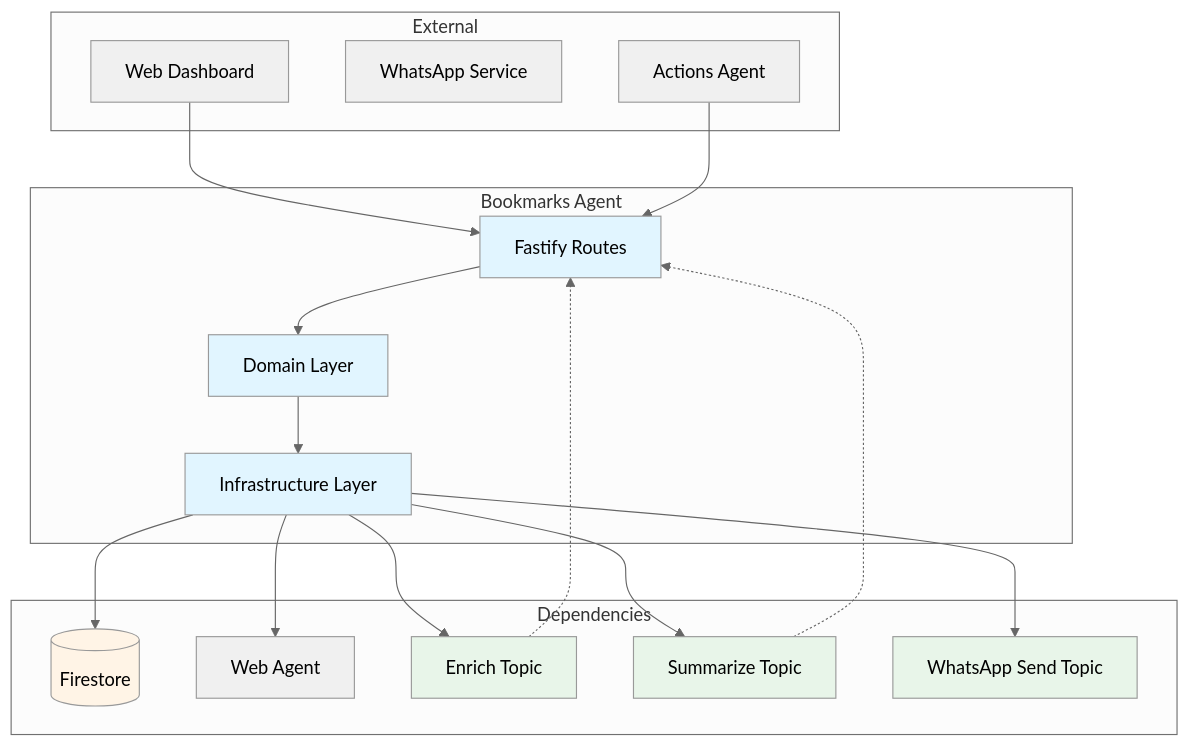
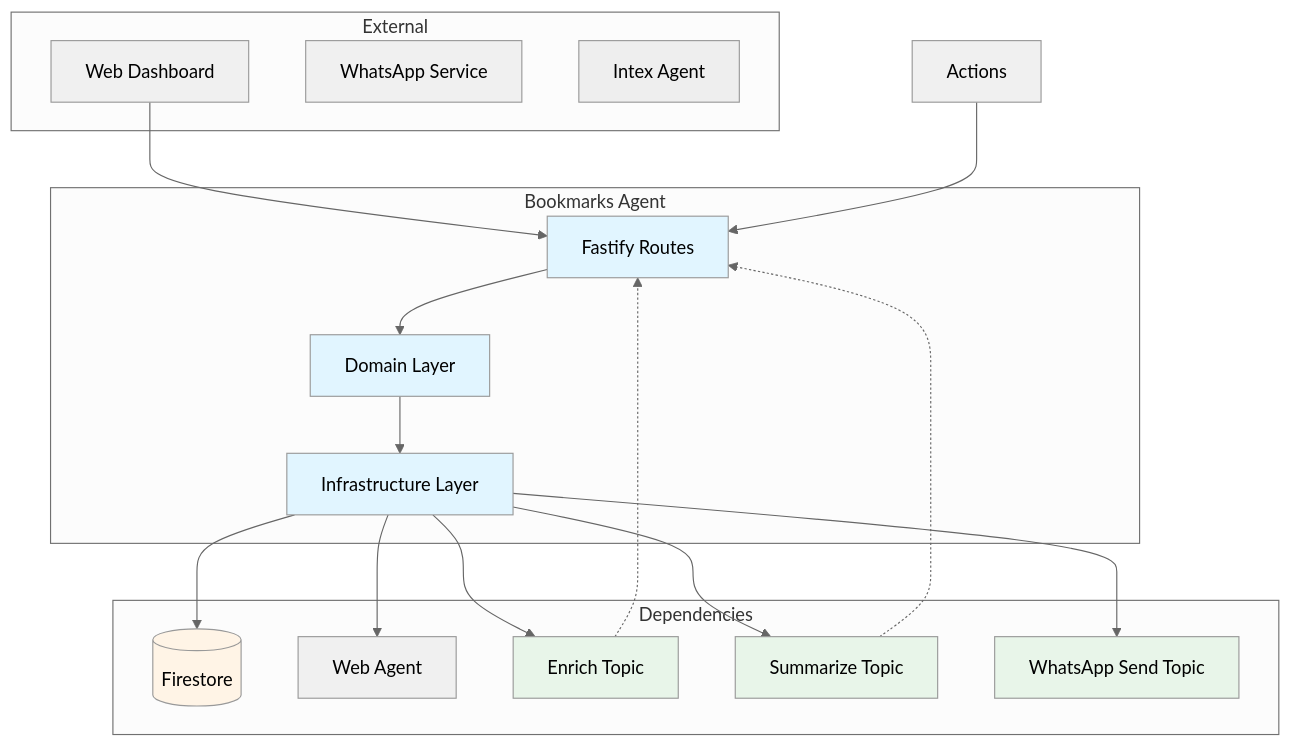
Before and after one commit to pbuchman/intexuraos: the first of 2 diagrams in docs/services/bookmarks-agent/technical.md, drawn with Mermaid (neutral theme). The commit also changed other lines of this file and 607 other files, not shown here.

````diff
--- a/docs/services/bookmarks-agent/technical.md
+++ b/docs/services/bookmarks-agent/technical.md
@@ -9,45 +9,45 @@
 ```mermaid
 graph TB
     subgraph "External"
         Client[Web Dashboard]
         WA[WhatsApp Service]
-        Actions[Actions Agent]
+        Intex[Intex Agent]
     end
 
     subgraph "Bookmarks Agent"
         Routes[Fastify Routes]
         Domain[Domain Layer]
         Infra[Infrastructure Layer]
     end
 
     subgraph "Dependencies"
         FS[(Firestore)]
         WebAgent[Web Agent]
         EnrichTopic[Enrich Topic]
         SummarizeTopic[Summarize Topic]
         SendTopic[WhatsApp Send Topic]
     end
 
     Client --> Routes
     Actions --> Routes
     Routes --> Domain
     Domain --> Infra
     Infra --> FS
     Infra --> WebAgent
     Infra --> EnrichTopic
     Infra --> SummarizeTopic
     Infra --> SendTopic
 
     EnrichTopic -.-> Routes
     SummarizeTopic -.-> Routes
 
     classDef service fill:#e1f5ff
     classDef storage fill:#fff4e6
     classDef external fill:#f0f0f0
     classDef pubsub fill:#e8f5e9
 
     class Routes,Domain,Infra service
     class FS storage
     class Client,WA,Actions,WebAgent external
     class EnrichTopic,SummarizeTopic,SendTopic pubsub
 ```
````
